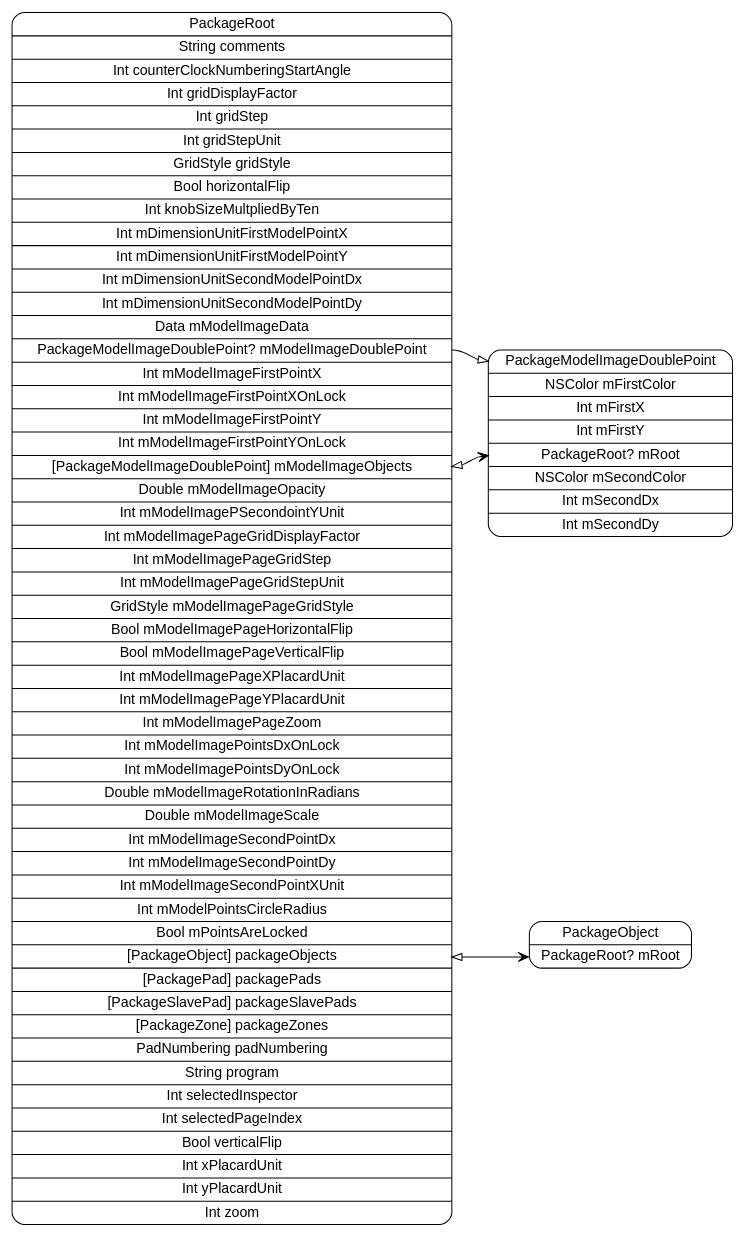
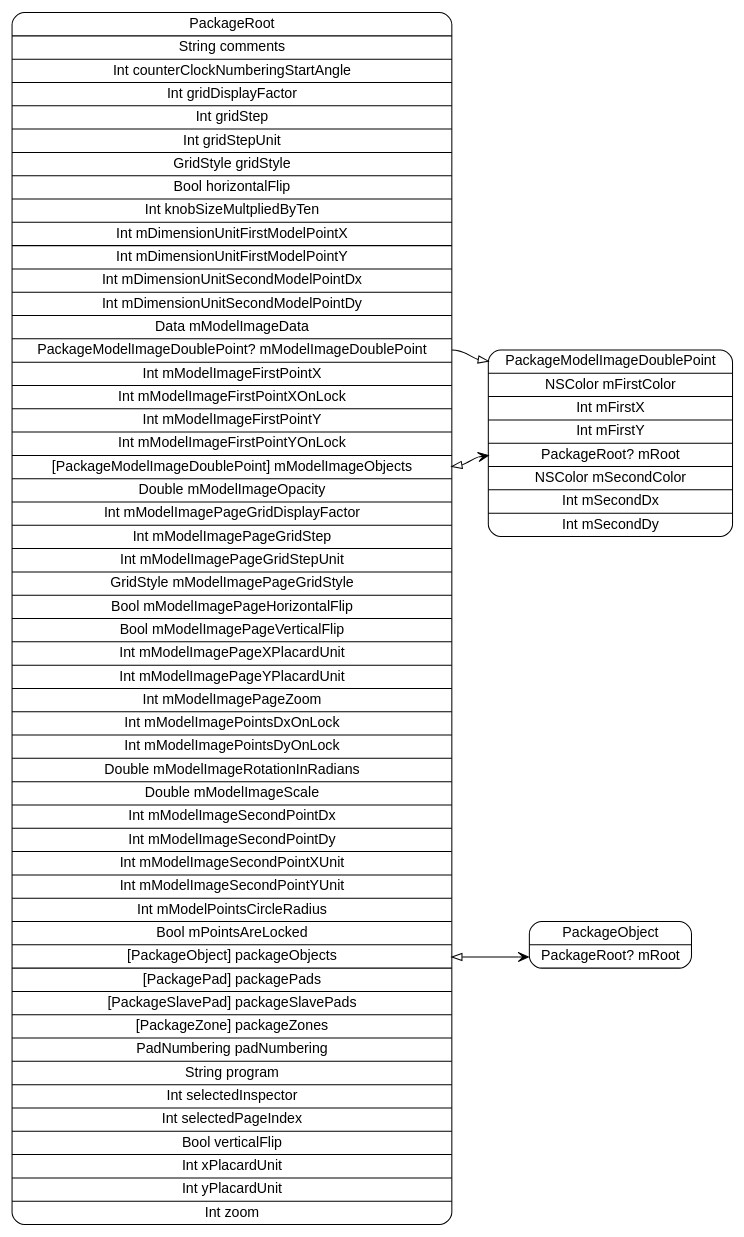
One commit to pierremolinaro/ElCanari-dev changed the diagram in models/PackageRoot.dot. Above: the diagram before and after it, drawn with Graphviz. The commit also changed 19 other files, not shown here.

```diff
--- a/models/PackageRoot.dot
+++ b/models/PackageRoot.dot
@@ -1,10 +1,10 @@
 digraph G {
   rankdir=LR ;
   node [shape=record fontname=helvetica style=rounded] ;
-  PackageRoot[label="<PackageRoot>PackageRoot|String comments|Int counterClockNumberingStartAngle|Int gridDisplayFactor|Int gridStep|Int gridStepUnit|GridStyle gridStyle|Bool horizontalFlip|Int knobSizeMultpliedByTen|Int mDimensionUnitFirstModelPointX|Int mDimensionUnitFirstModelPointY|Int mDimensionUnitSecondModelPointDx|Int mDimensionUnitSecondModelPointDy|Data mModelImageData|<mModelImageDoublePoint>PackageModelImageDoublePoint? mModelImageDoublePoint|Int mModelImageFirstPointX|Int mModelImageFirstPointXOnLock|Int mModelImageFirstPointY|Int mModelImageFirstPointYOnLock|<mModelImageObjects>[PackageModelImageDoublePoint] mModelImageObjects|Double mModelImageOpacity|Int mModelImagePSecondointYUnit|Int mModelImagePageGridDisplayFactor|Int mModelImagePageGridStep|Int mModelImagePageGridStepUnit|GridStyle mModelImagePageGridStyle|Bool mModelImagePageHorizontalFlip|Bool mModelImagePageVerticalFlip|Int mModelImagePageXPlacardUnit|Int mModelImagePageYPlacardUnit|Int mModelImagePageZoom|Int mModelImagePointsDxOnLock|Int mModelImagePointsDyOnLock|Double mModelImageRotationInRadians|Double mModelImageScale|Int mModelImageSecondPointDx|Int mModelImageSecondPointDy|Int mModelImageSecondPointXUnit|Int mModelPointsCircleRadius|Bool mPointsAreLocked|<packageObjects>[PackageObject] packageObjects|<packagePads>[PackagePad] packagePads|<packageSlavePads>[PackageSlavePad] packageSlavePads|<packageZones>[PackageZone] packageZones|PadNumbering padNumbering|String program|Int selectedInspector|Int selectedPageIndex|Bool verticalFlip|Int xPlacardUnit|Int yPlacardUnit|Int zoom"] ;
+  PackageRoot[label="<PackageRoot>PackageRoot|String comments|Int counterClockNumberingStartAngle|Int gridDisplayFactor|Int gridStep|Int gridStepUnit|GridStyle gridStyle|Bool horizontalFlip|Int knobSizeMultpliedByTen|Int mDimensionUnitFirstModelPointX|Int mDimensionUnitFirstModelPointY|Int mDimensionUnitSecondModelPointDx|Int mDimensionUnitSecondModelPointDy|Data mModelImageData|<mModelImageDoublePoint>PackageModelImageDoublePoint? mModelImageDoublePoint|Int mModelImageFirstPointX|Int mModelImageFirstPointXOnLock|Int mModelImageFirstPointY|Int mModelImageFirstPointYOnLock|<mModelImageObjects>[PackageModelImageDoublePoint] mModelImageObjects|Double mModelImageOpacity|Int mModelImagePageGridDisplayFactor|Int mModelImagePageGridStep|Int mModelImagePageGridStepUnit|GridStyle mModelImagePageGridStyle|Bool mModelImagePageHorizontalFlip|Bool mModelImagePageVerticalFlip|Int mModelImagePageXPlacardUnit|Int mModelImagePageYPlacardUnit|Int mModelImagePageZoom|Int mModelImagePointsDxOnLock|Int mModelImagePointsDyOnLock|Double mModelImageRotationInRadians|Double mModelImageScale|Int mModelImageSecondPointDx|Int mModelImageSecondPointDy|Int mModelImageSecondPointXUnit|Int mModelImageSecondPointYUnit|Int mModelPointsCircleRadius|Bool mPointsAreLocked|<packageObjects>[PackageObject] packageObjects|<packagePads>[PackagePad] packagePads|<packageSlavePads>[PackageSlavePad] packageSlavePads|<packageZones>[PackageZone] packageZones|PadNumbering padNumbering|String program|Int selectedInspector|Int selectedPageIndex|Bool verticalFlip|Int xPlacardUnit|Int yPlacardUnit|Int zoom"] ;
   PackageObject[label="<PackageObject>PackageObject|<mRoot>PackageRoot? mRoot"] ;
   PackageModelImageDoublePoint[label="<PackageModelImageDoublePoint>PackageModelImageDoublePoint|NSColor mFirstColor|Int mFirstX|Int mFirstY|<mRoot>PackageRoot? mRoot|NSColor mSecondColor|Int mSecondDx|Int mSecondDy"] ;
   PackageRoot:mModelImageDoublePoint -> PackageModelImageDoublePoint:PackageModelImageDoublePoint [dir=both arrowtail=none arrowhead=onormal] ;
   PackageRoot:mModelImageObjects -> PackageModelImageDoublePoint:mRoot [dir=both arrowtail=onormal arrowhead=vee] ;
   PackageRoot:packageObjects -> PackageObject:mRoot [dir=both arrowtail=onormal arrowhead=vee] ;
 }
```
